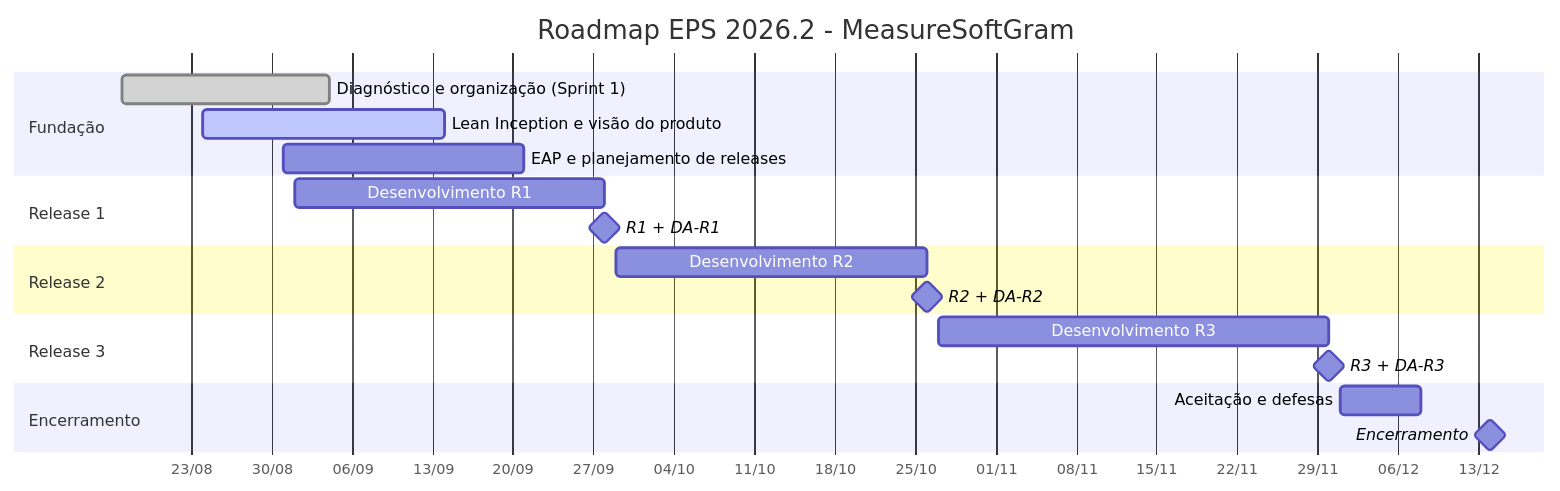
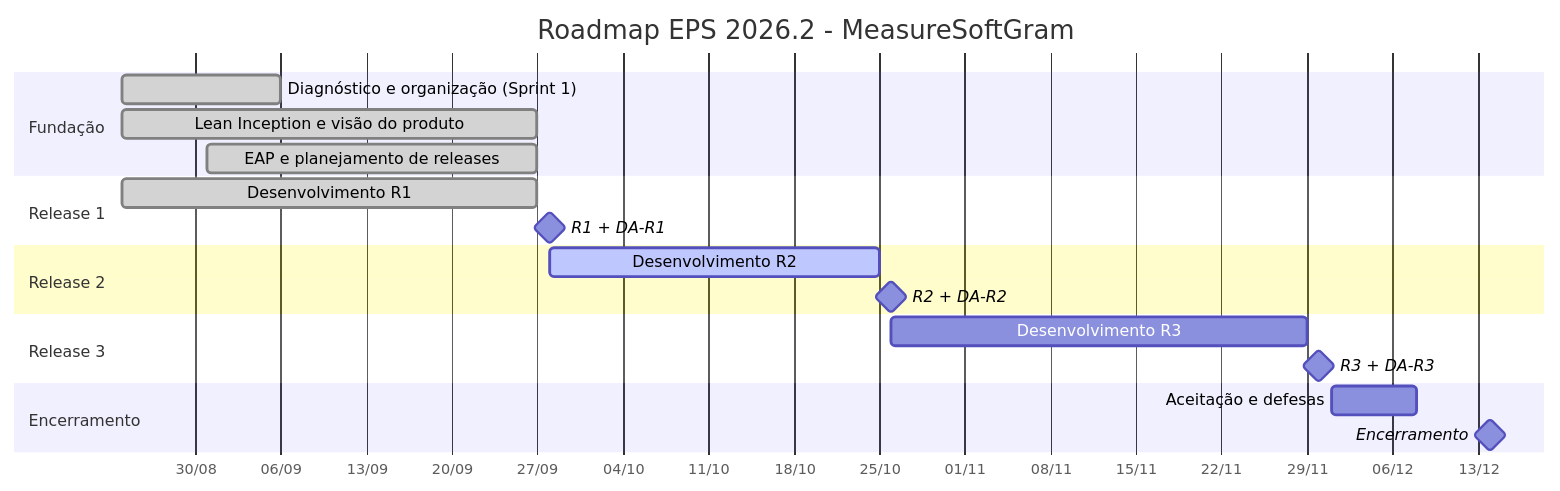
Before and after one commit to fga-eps-mds/2026.2-MeasureSoftGram-DOC: the diagram in docs/planejamento/roadmap.mdx, drawn with Mermaid. The commit also changed other lines of this file and 18 other files, not shown here.

````diff
--- a/docs/planejamento/roadmap.mdx
+++ b/docs/planejamento/roadmap.mdx
@@ -14,27 +15,27 @@
 ```mermaid
 gantt
   title Roadmap EPS 2026.2 - MeasureSoftGram
   dateFormat YYYY-MM-DD
   axisFormat %d/%m
 
   section Fundação
-  Diagnóstico e organização (Sprint 1) :done, s1, 2026-08-17, 2026-09-04
-  Lean Inception e visão do produto    :active, li, 2026-08-24, 21d
-  EAP e planejamento de releases       :eap, 2026-08-31, 21d
+  Diagnóstico e organização (Sprint 1) :done, s1, 2026-08-24, 2026-09-06
+  Lean Inception e visão do produto    :done, li, 2026-08-24, 2026-09-27
+  EAP e planejamento de releases       :done, eap, 2026-08-31, 2026-09-27
 
   section Release 1
-  Desenvolvimento R1  :r1, 2026-09-01, 27d
+  Desenvolvimento R1  :done, r1, 2026-08-24, 2026-09-27
   R1 + DA-R1          :milestone, m1, 2026-09-28, 0d
 
   section Release 2
-  Desenvolvimento R2  :r2, 2026-09-29, 27d
+  Desenvolvimento R2  :active, r2, 2026-09-28, 2026-10-25
   R2 + DA-R2          :milestone, m2, 2026-10-26, 0d
 
   section Release 3
-  Desenvolvimento R3  :r3, 2026-10-27, 34d
+  Desenvolvimento R3  :r3, 2026-10-26, 2026-11-29
   R3 + DA-R3          :milestone, m3, 2026-11-30, 0d
 
   section Encerramento
   Aceitação e defesas :rf, 2026-12-01, 7d
   Encerramento        :milestone, m4, 2026-12-14, 0d
 ```
````
